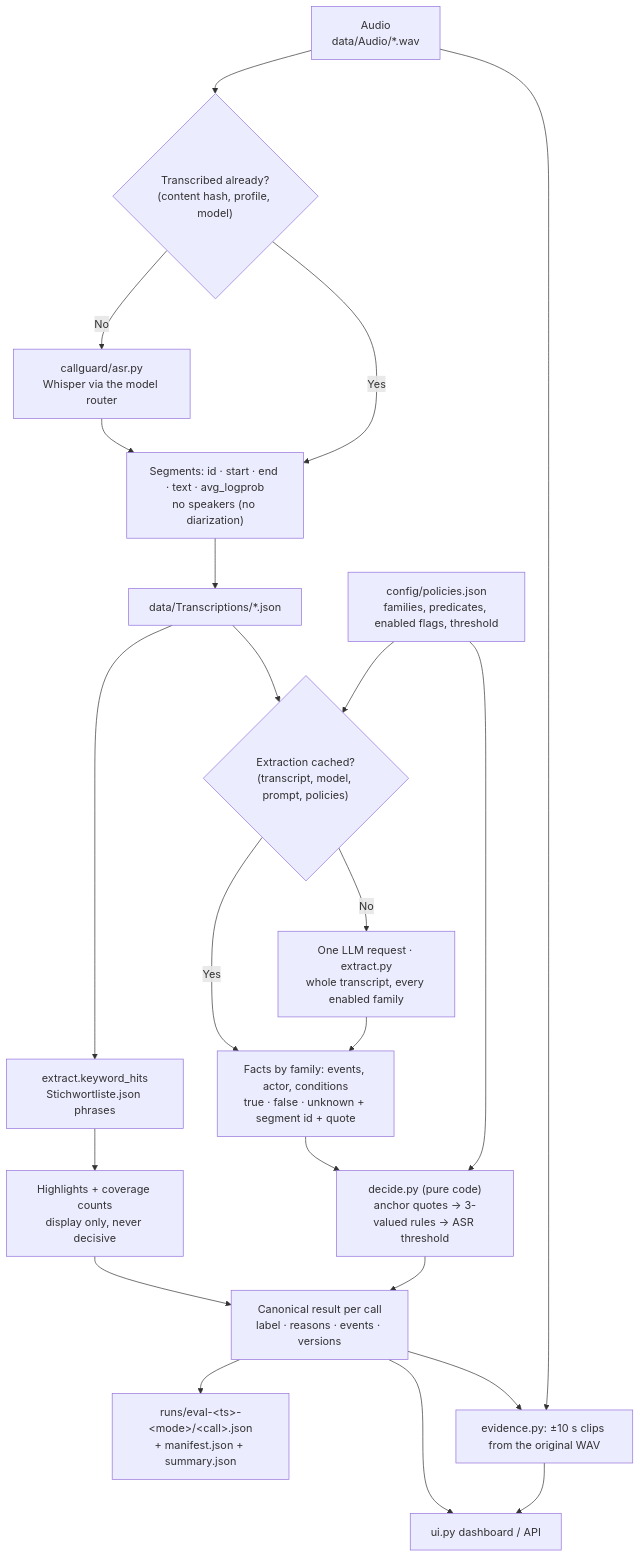
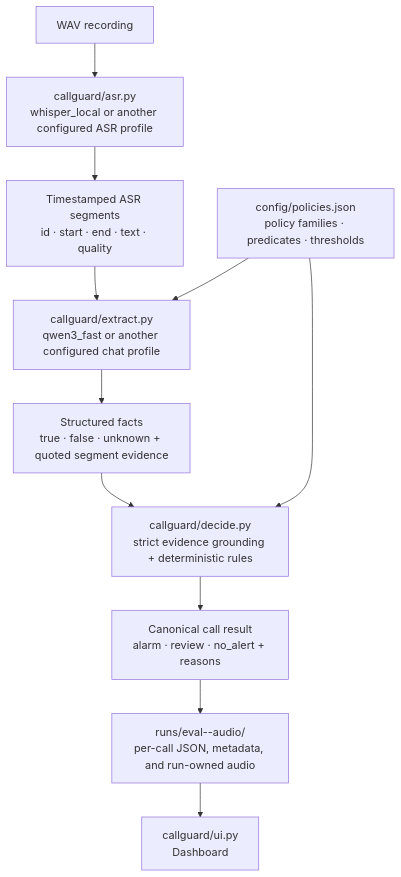
One commit to ep520/Solvent changed the first of 3 diagrams in PIPELINE_FLOW.md. Above: the diagram before and after it, drawn with Mermaid. The commit also changed other lines of this file and 2 other files, not shown here.

````diff
--- a/PIPELINE_FLOW.md
+++ b/PIPELINE_FLOW.md
@@ -8,32 +7,13 @@
 ```mermaid
 flowchart TD
-    WAV["Audio<br/>data/Audio/*.wav"]
-    ASR_CACHE{"Transcribed already?<br/>(content hash, profile, model)"}
-    ASR["callguard/asr.py<br/>Whisper via the model router"]
-    TRANSCRIPT["Segments: id · start · end · text · avg_logprob<br/>no speakers (no diarization)"]
-
-    WAV --> ASR_CACHE
-    ASR_CACHE -- No --> ASR --> TRANSCRIPT
-    ASR_CACHE -- Yes --> TRANSCRIPT
-    TRANSCRIPT --> TRANSCRIPT_CACHE["data/Transcriptions/*.json"]
-
-    TRANSCRIPT_CACHE --> KEYWORDS["extract.keyword_hits<br/>Stichwortliste.json phrases"]
-    KEYWORDS --> HIGHLIGHTS["Highlights + coverage counts<br/>display only, never decisive"]
-
-    TRANSCRIPT_CACHE --> EXTRACT_CACHE{"Extraction cached?<br/>(transcript, model, prompt, policies)"}
-    POLICIES["config/policies.json<br/>families, predicates, enabled flags, threshold"] --> EXTRACT_CACHE
-    EXTRACT_CACHE -- No --> LLM["One LLM request · extract.py<br/>whole transcript, every enabled family"]
-    EXTRACT_CACHE -- Yes --> FACTS
-    LLM --> FACTS["Facts by family: events, actor, conditions<br/>true · false · unknown + segment id + quote"]
-
-    FACTS --> DECIDE["decide.py (pure code)<br/>anchor quotes → 3-valued rules → ASR threshold"]
+    WAV["WAV recording"] --> ASR["callguard/asr.py<br/>whisper_local or another configured ASR profile"]
+    ASR --> SEGMENTS["Timestamped ASR segments<br/>id · start · end · text · quality"]
+    SEGMENTS --> EXTRACT["callguard/extract.py<br/>qwen3_fast or another configured chat profile"]
+    POLICIES["config/policies.json<br/>policy families · predicates · thresholds"] --> EXTRACT
+    EXTRACT --> FACTS["Structured facts<br/>true · false · unknown + quoted segment evidence"]
+    FACTS --> DECIDE["callguard/decide.py<br/>strict evidence grounding + deterministic rules"]
     POLICIES --> DECIDE
-    HIGHLIGHTS --> RESULT
-    DECIDE --> RESULT["Canonical result per call<br/>label · reasons · events · versions"]
-
-    RESULT --> FILES["runs/eval-&lt;ts&gt;-&lt;mode&gt;/&lt;call&gt;.json<br/>+ manifest.json + summary.json"]
-    RESULT --> CLIPS["evidence.py: ±10 s clips from the original WAV"]
-    WAV --> CLIPS
-    RESULT --> DASHBOARD["ui.py dashboard / API"]
-    CLIPS --> DASHBOARD
+    DECIDE --> RESULT["Canonical call result<br/>alarm · review · no_alert + reasons"]
+    RESULT --> RUN["runs/eval-<timestamp>-audio/<br/>per-call JSON, metadata, and run-owned audio"]
+    RUN --> UI["callguard/ui.py<br/>Dashboard"]
 ```
````
